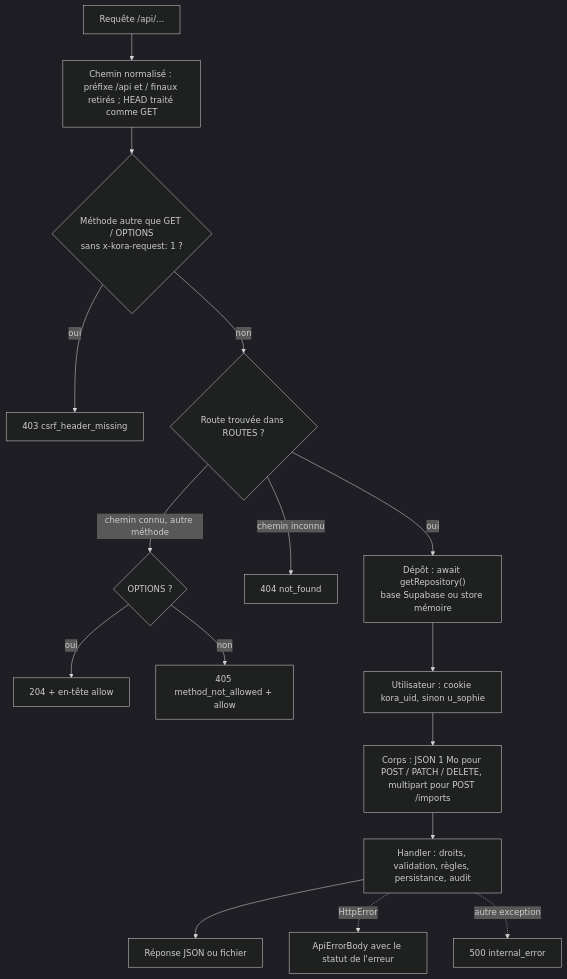
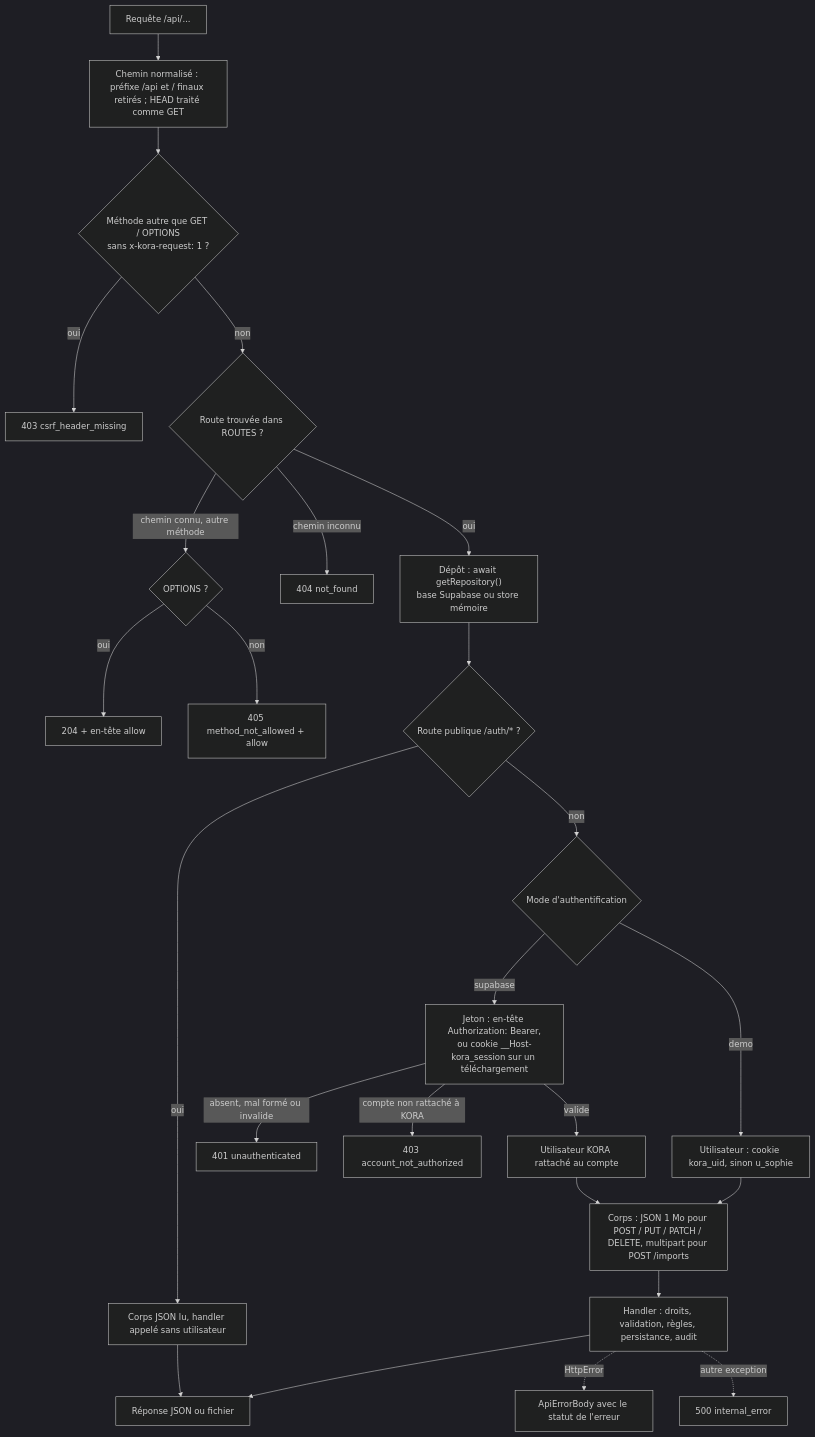
Before and after one commit to Makk7709/koraino: the first of 5 diagrams in docs/03-reference-api.md, drawn with Mermaid (dark theme). The commit also changed other lines of this file and 13 other files, not shown here.

````diff
--- a/docs/03-reference-api.md
+++ b/docs/03-reference-api.md
@@ -118,18 +138,27 @@
 ```mermaid
 flowchart TD
   A[Requête /api/...] --> B[Chemin normalisé : préfixe /api et / finaux retirés ; HEAD traité comme GET]
   B --> C{Méthode autre que GET / OPTIONS<br/>sans x-kora-request: 1 ?}
   C -- oui --> E403[403 csrf_header_missing]
   C -- non --> D{Route trouvée dans ROUTES ?}
   D -- "chemin connu, autre méthode" --> F{OPTIONS ?}
   F -- oui --> O204[204 + en-tête allow]
   F -- non --> E405[405 method_not_allowed + allow]
   D -- "chemin inconnu" --> E404[404 not_found]
   D -- oui --> R["Dépôt : await getRepository()<br/>base Supabase ou store mémoire"]
-  R --> G[Utilisateur : cookie kora_uid, sinon u_sophie]
-  G --> H[Corps : JSON 1 Mo pour POST / PATCH / DELETE, multipart pour POST /imports]
+  R --> P{Route publique /auth/* ?}
+  P -- oui --> PH[Corps JSON lu, handler appelé sans utilisateur]
+  P -- non --> M{Mode d'authentification}
+  M -- supabase --> T["Jeton : en-tête Authorization: Bearer,<br/>ou cookie __Host-kora_session sur un téléchargement"]
+  T -- "absent, mal formé ou invalide" --> E401[401 unauthenticated]
+  T -- "compte non rattaché à KORA" --> E403b[403 account_not_authorized]
+  T -- valide --> G[Utilisateur KORA rattaché au compte]
+  M -- demo --> GD[Utilisateur : cookie kora_uid, sinon u_sophie]
+  GD --> H
+  G --> H[Corps : JSON 1 Mo pour POST / PUT / PATCH / DELETE, multipart pour POST /imports]
   H --> I[Handler : droits, validation, règles, persistance, audit]
+  PH --> J
   I --> J[Réponse JSON ou fichier]
   I -. HttpError .-> K[ApiErrorBody avec le statut de l'erreur]
   I -. autre exception .-> L[500 internal_error]
 ```
````
